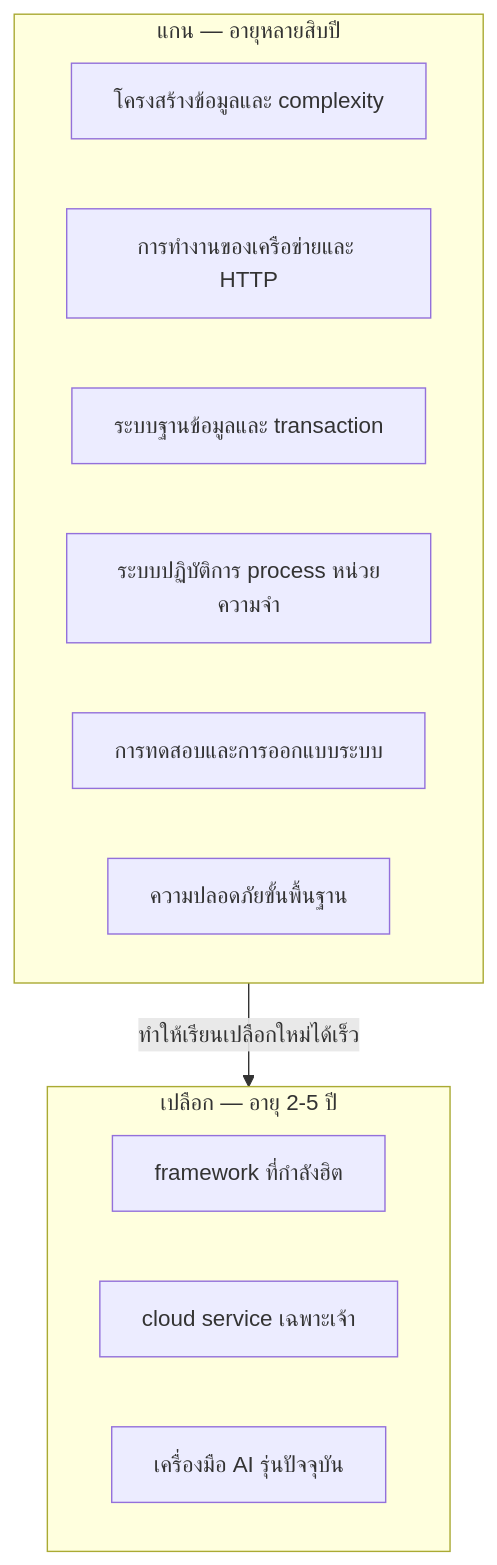
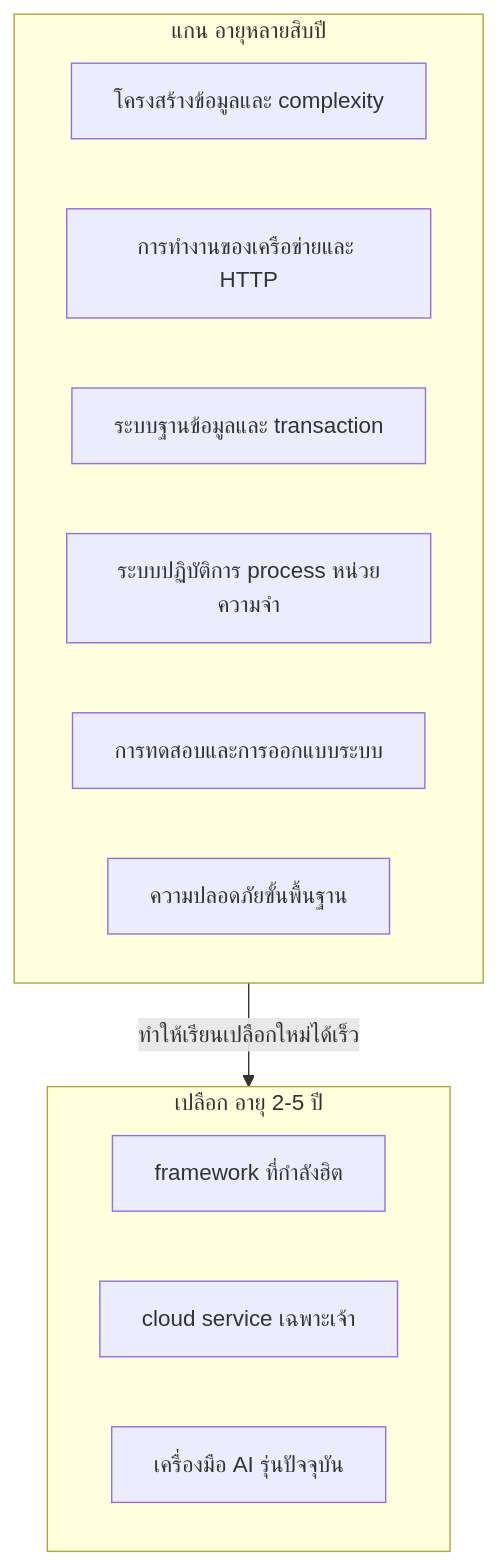
Before and after one commit to CE-SDPX/SDPX-AI: the third of 14 diagrams in readings/07-modern-software-engineer.md, drawn with Mermaid. The commit also changed other lines of this file and 6 other files, not shown here.

````diff
--- a/readings/07-modern-software-engineer.md
+++ b/readings/07-modern-software-engineer.md
@@ -97,17 +96,17 @@
 ```mermaid
 flowchart TB
-    subgraph shell["เปลือก — อายุ 2-5 ปี"]
+    subgraph shell["เปลือก อายุ 2-5 ปี"]
         S1["framework ที่กำลังฮิต"]
         S2["cloud service เฉพาะเจ้า"]
         S3["เครื่องมือ AI รุ่นปัจจุบัน"]
     end
-    subgraph core["แกน — อายุหลายสิบปี"]
+    subgraph core["แกน อายุหลายสิบปี"]
         C1["โครงสร้างข้อมูลและ complexity"]
         C2["การทำงานของเครือข่ายและ HTTP"]
         C3["ระบบฐานข้อมูลและ transaction"]
         C4["ระบบปฏิบัติการ process หน่วยความจำ"]
         C5["การทดสอบและการออกแบบระบบ"]
         C6["ความปลอดภัยขั้นพื้นฐาน"]
     end
     core -->|"ทำให้เรียนเปลือกใหม่ได้เร็ว"| shell
 ```
````
